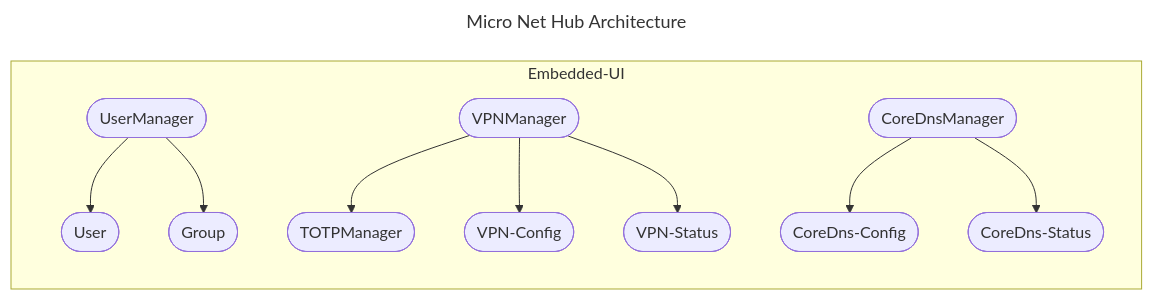
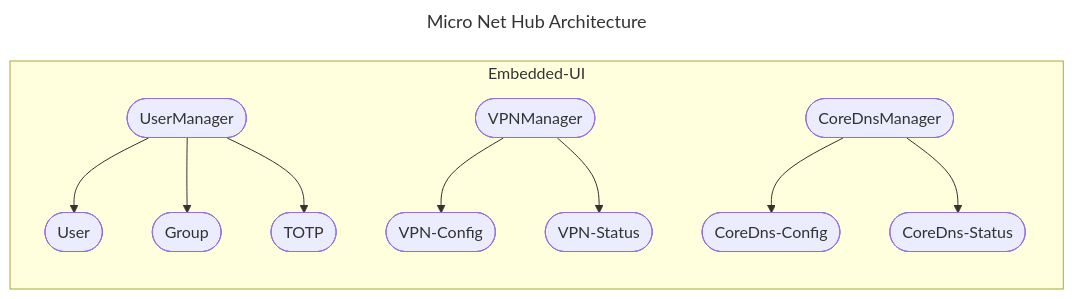
One commit to bagechashu/micro-net-hub changed the second of 2 diagrams in README.md. Above: the diagram before and after it, drawn with Mermaid. The commit also changed other lines of this file, not shown here.

````diff
--- a/README.md
+++ b/README.md
@@ -65,23 +61,23 @@
 ```mermaid
 ---
 title: Micro Net Hub Architecture
 ---
 flowchart LR
   %% UI
   subgraph Embedded-UI
     ui-user-mgr([UserManager])
     ui-vpn-mgr([VPNManager])
     ui-coredns-mgr([CoreDnsManager])
 
     ui-user-mgr --> ui-user([User])
     ui-user-mgr --> ui-group([Group])
+    ui-user-mgr --> ui-totp([TOTP])
 
-    ui-vpn-mgr --> ui-totp([TOTPManager])
     ui-vpn-mgr --> ui-vpn-config([VPN-Config])
     ui-vpn-mgr --> ui-vpn-status([VPN-Status])
 
     ui-coredns-mgr --> ui-coredns-config([CoreDns-Config])
     ui-coredns-mgr --> ui-coredns-status([CoreDns-Status])
   end
 
 ```
````
